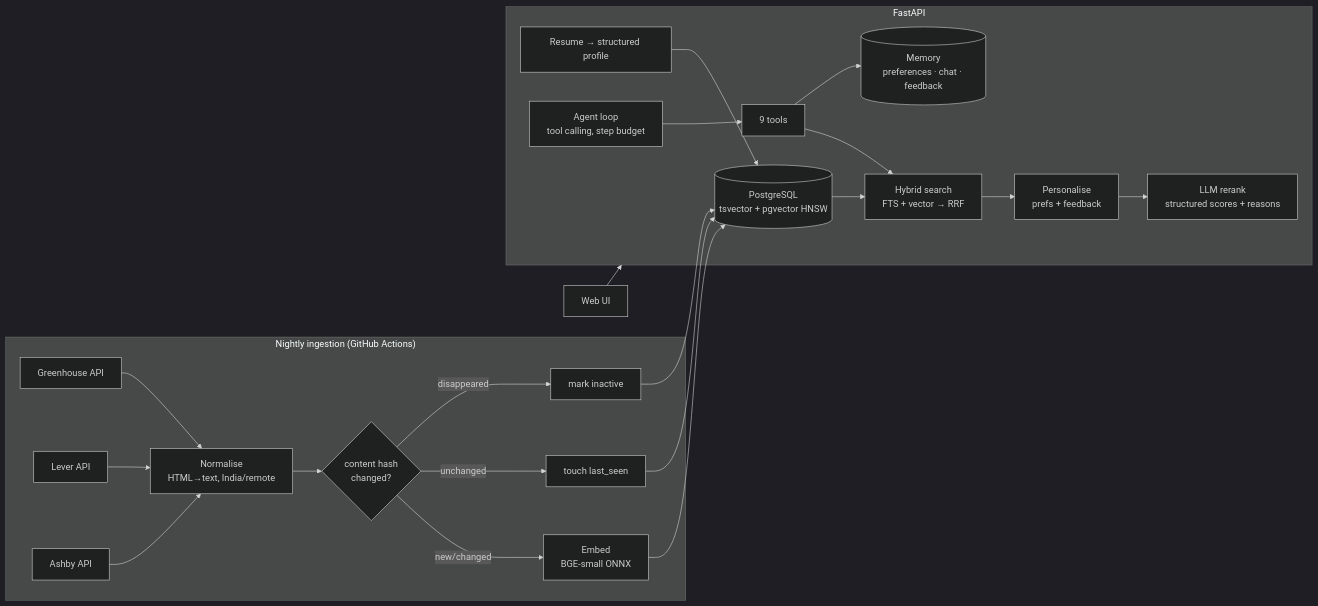
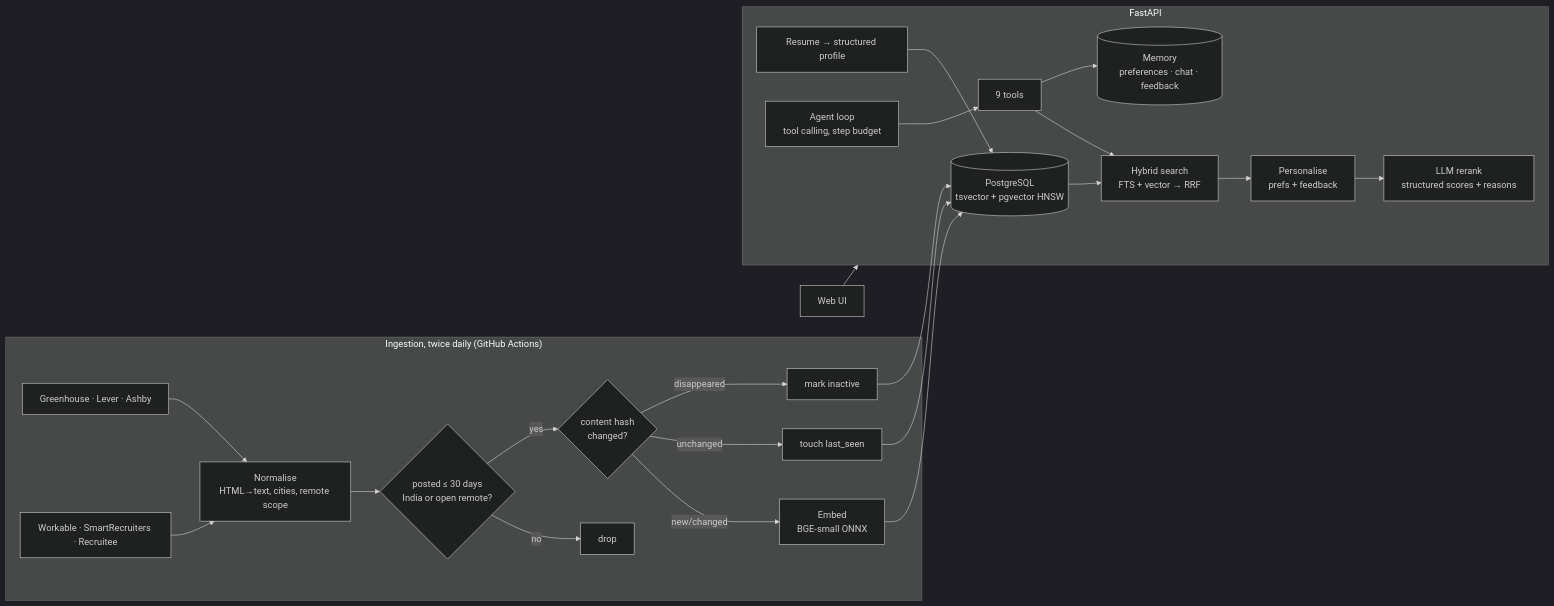
The diagram in README.md (MohitAnuragi/Career-Agent), drawn with Mermaid (dark theme) before and after one commit. The commit also changed other lines of this file and 26 other files, not shown here.

````diff
--- a/README.md
+++ b/README.md
@@ -40,28 +43,29 @@
 ```mermaid
 flowchart LR
-    subgraph Ingestion["Nightly ingestion (GitHub Actions)"]
-        GH[Greenhouse API] --> N[Normalise<br/>HTML→text, India/remote]
-        LV[Lever API] --> N
-        AB[Ashby API] --> N
-        N --> H{content hash<br/>changed?}
+    subgraph Ingestion["Ingestion, twice daily (GitHub Actions)"]
+        GH[Greenhouse · Lever · Ashby] --> N[Normalise<br/>HTML→text, cities, remote scope]
+        WK[Workable · SmartRecruiters · Recruitee] --> N
+        N --> F{posted ≤ 30 days<br/>India or open remote?}
+        F -- no --> D[drop]
+        F -- yes --> H{content hash<br/>changed?}
         H -- new/changed --> E[Embed<br/>BGE-small ONNX]
         H -- unchanged --> T[touch last_seen]
         H -- disappeared --> X[mark inactive]
     end
 
     E --> DB[(PostgreSQL<br/>tsvector + pgvector HNSW)]
     T --> DB
     X --> DB
 
     subgraph API["FastAPI"]
         R[Resume → structured profile] --> DB
         S[Hybrid search<br/>FTS + vector → RRF] --> P[Personalise<br/>prefs + feedback]
         P --> RR[LLM rerank<br/>structured scores + reasons]
         A[Agent loop<br/>tool calling, step budget] --> TOOLS[9 tools]
         TOOLS --> S
         TOOLS --> M[(Memory<br/>preferences · chat · feedback)]
     end
 
     DB --> S
     UI[Web UI] --> API
 ```
````
